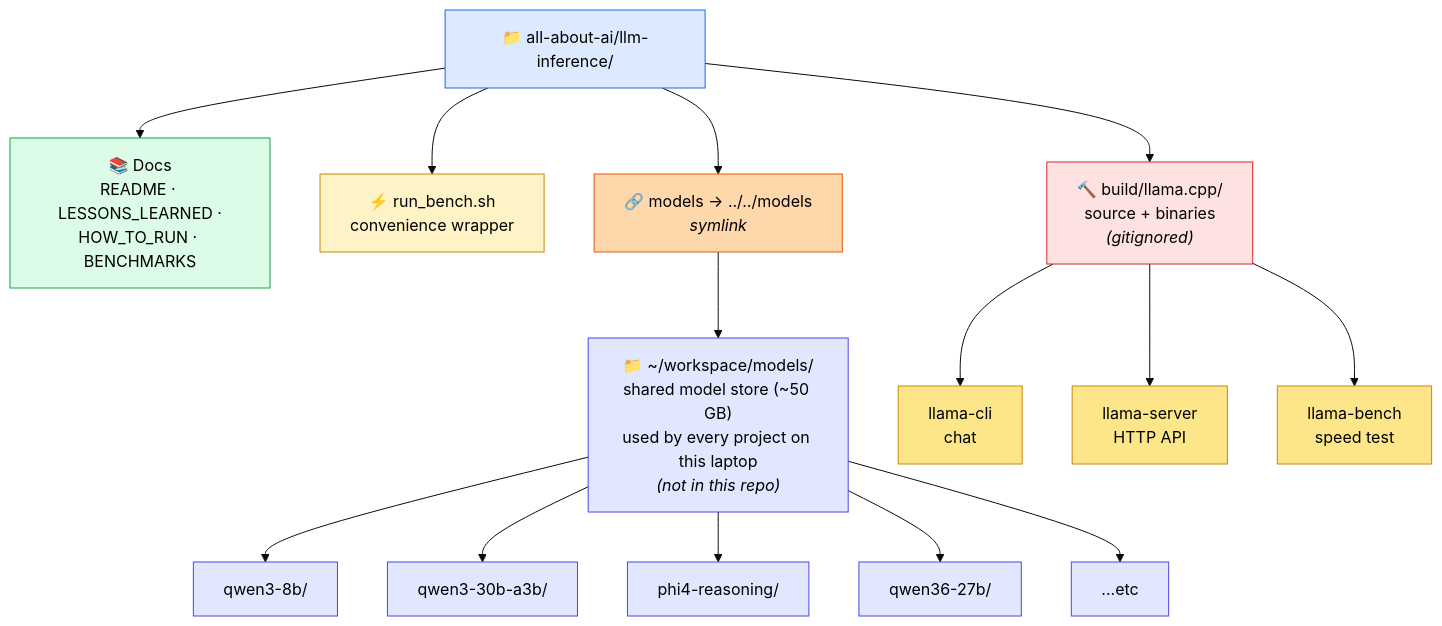
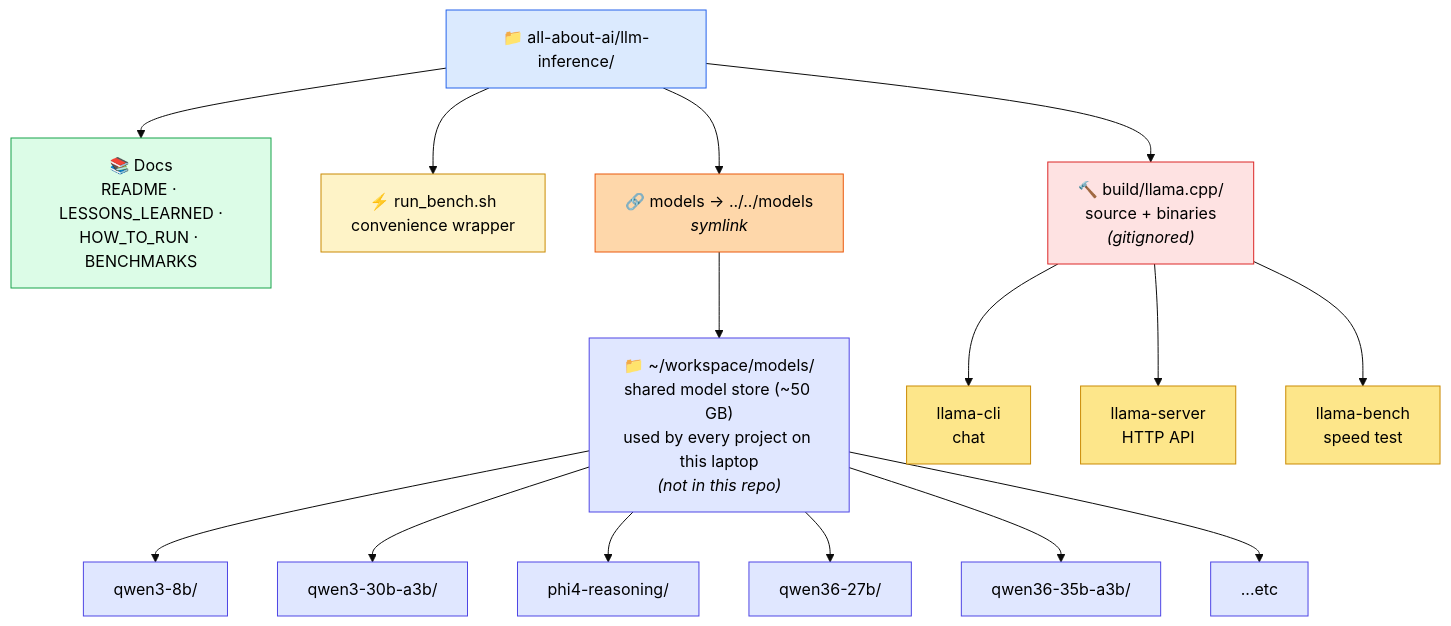
The first of 3 diagrams in llm-inference/HOW_TO_RUN.md (beyhanmeyrali/all-about-ai), drawn with Mermaid (base theme) before and after one commit. The commit also changed other lines of this file and 2 other files, not shown here.

First line of the commit message:
feat(llm-inference): Add Qwen3.6-35B-A3B MoE benchmark on RTX 5060

````diff
--- a/llm-inference/HOW_TO_RUN.md
+++ b/llm-inference/HOW_TO_RUN.md
@@ -11,30 +11,31 @@
 ```mermaid
 flowchart TD
     ROOT["📁 all-about-ai/llm-inference/"]:::dir
     ROOT --> DOCS["📚 Docs<br/>README · LESSONS_LEARNED ·<br/>HOW_TO_RUN · BENCHMARKS"]:::doc
     ROOT --> SCRIPT["⚡ run_bench.sh<br/>convenience wrapper"]:::script
     ROOT --> BUILD["🔨 build/llama.cpp/<br/>source + binaries<br/><i>(gitignored)</i>"]:::ignored
     ROOT --> MLINK["🔗 models → ../../models<br/><i>symlink</i>"]:::link
 
     SHARED["📁 ~/workspace/models/<br/>shared model store (~50 GB)<br/>used by every project on this laptop<br/><i>(not in this repo)</i>"]:::shared
     MLINK --> SHARED
 
     BUILD --> CLI["llama-cli<br/>chat"]:::bin
     BUILD --> SERVER["llama-server<br/>HTTP API"]:::bin
     BUILD --> BENCH["llama-bench<br/>speed test"]:::bin
 
     SHARED --> M1["qwen3-8b/"]:::model
     SHARED --> M2["qwen3-30b-a3b/"]:::model
     SHARED --> M3["phi4-reasoning/"]:::model
     SHARED --> M4["qwen36-27b/"]:::model
-    SHARED --> M5["...etc"]:::model
+    SHARED --> M5["qwen36-35b-a3b/"]:::model
+    SHARED --> M6["...etc"]:::model
 
     classDef dir fill:#dbeafe,stroke:#2563eb,color:#000
     classDef doc fill:#dcfce7,stroke:#16a34a,color:#000
     classDef script fill:#fef3c7,stroke:#ca8a04,color:#000
     classDef bin fill:#fde68a,stroke:#ca8a04,color:#000
     classDef ignored fill:#fee2e2,stroke:#dc2626,color:#000
     classDef link fill:#fed7aa,stroke:#ea580c,color:#000
     classDef shared fill:#e0e7ff,stroke:#4f46e5,color:#000
     classDef model fill:#e0e7ff,stroke:#4f46e5,color:#000
 ```
````
